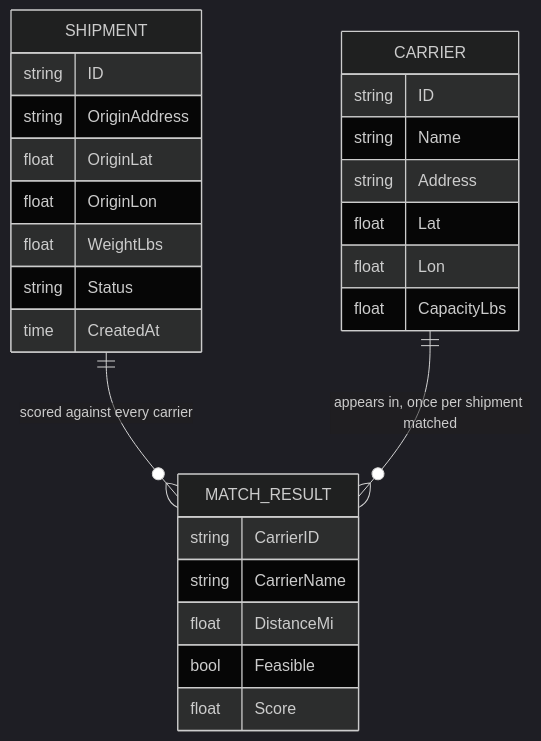
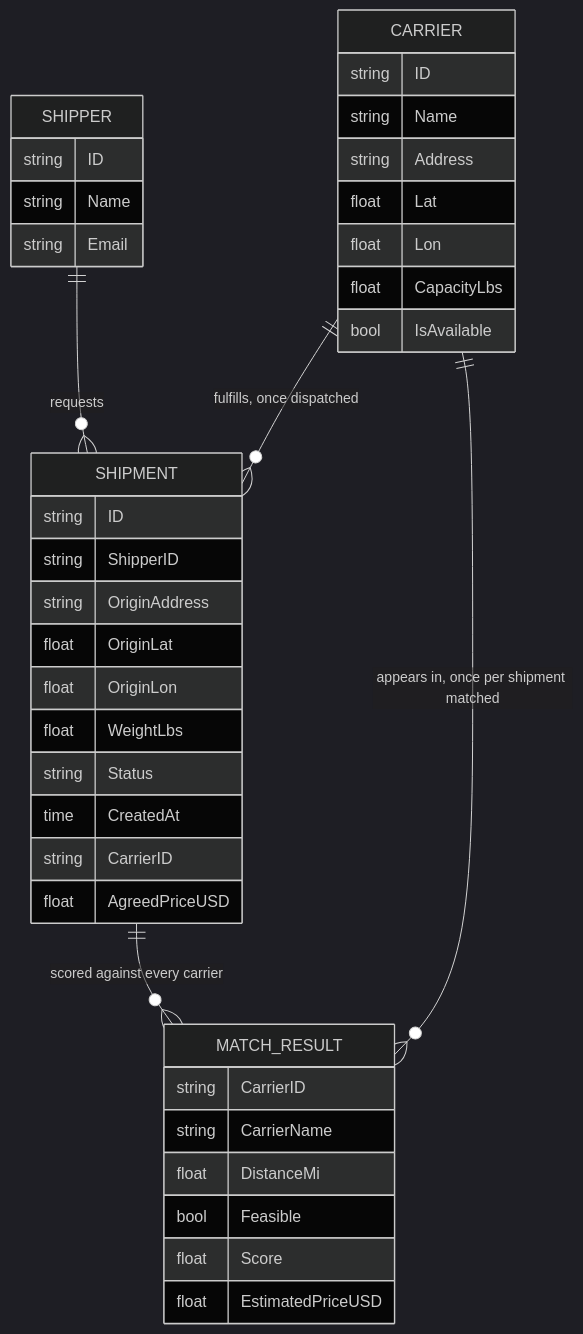
The third of 3 diagrams in README.md (meghnanag2/carrier-match-service), drawn with Mermaid (dark theme) before and after one commit. The commit also changed other lines of this file and 16 other files, not shown here.

````diff
--- a/README.md
+++ b/README.md
@@ -82,30 +132,42 @@
 ```mermaid
 erDiagram
+    SHIPPER {
+        string ID
+        string Name
+        string Email
+    }
     CARRIER {
         string ID
         string Name
         string Address
         float Lat
         float Lon
         float CapacityLbs
+        bool IsAvailable
     }
     SHIPMENT {
         string ID
+        string ShipperID
         string OriginAddress
         float OriginLat
         float OriginLon
         float WeightLbs
         string Status
         time CreatedAt
+        string CarrierID
+        float AgreedPriceUSD
     }
     MATCH_RESULT {
         string CarrierID
         string CarrierName
         float DistanceMi
         bool Feasible
         float Score
+        float EstimatedPriceUSD
     }
 
+    SHIPPER ||--o{ SHIPMENT : "requests"
+    CARRIER ||--o{ SHIPMENT : "fulfills, once dispatched"
     SHIPMENT ||--o{ MATCH_RESULT : "scored against every carrier"
     CARRIER ||--o{ MATCH_RESULT : "appears in, once per shipment matched"
 ```
````
